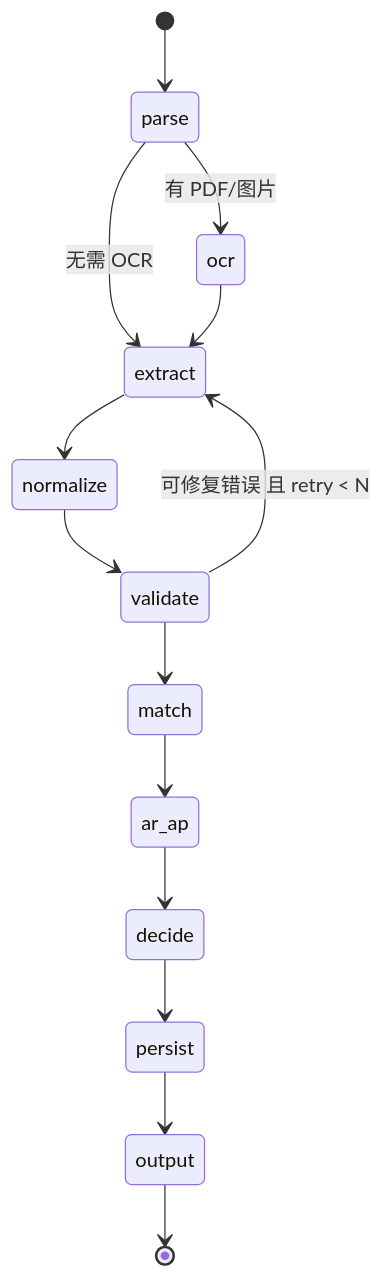
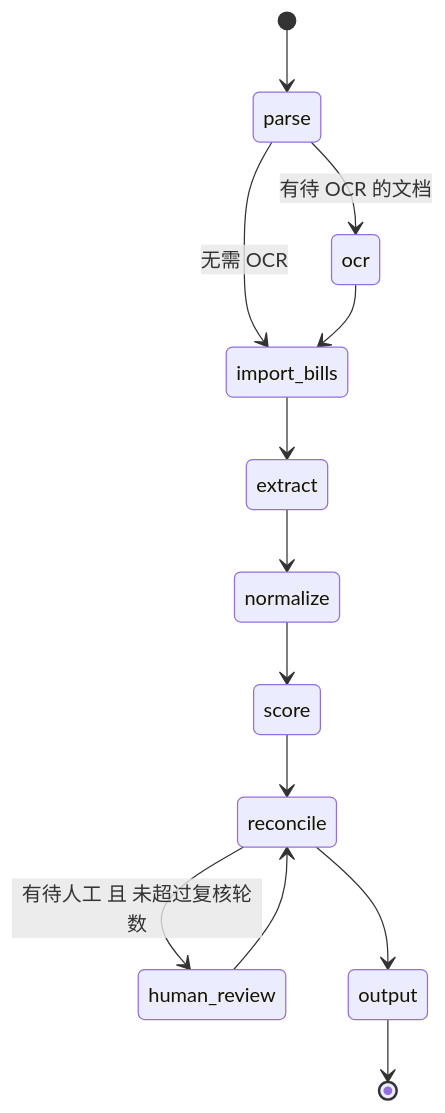
Before and after one commit to asdjk12/Shipping_Bill: the second of 2 diagrams in development.md, drawn with Mermaid. The commit also changed other lines of this file and 10 other files, not shown here.

````diff
--- a/development.md
+++ b/development.md
@@ -781,16 +775,15 @@
 ```mermaid
 stateDiagram-v2
     [*] --> parse
-    parse --> ocr: 有 PDF/图片
-    parse --> extract: 无需 OCR
-    ocr --> extract
+    parse --> ocr: 有待 OCR 的文档
+    parse --> import_bills: 无需 OCR
+    ocr --> import_bills
+    import_bills --> extract
     extract --> normalize
-    normalize --> validate
-    validate --> extract: 可修复错误 且 retry < N
-    validate --> match
-    match --> ar_ap
-    ar_ap --> decide
-    decide --> persist
-    persist --> output
+    normalize --> score
+    score --> reconcile
+    reconcile --> human_review: 有待人工 且 未超过复核轮数
+    human_review --> reconcile
+    reconcile --> output
     output --> [*]
 ```
````
